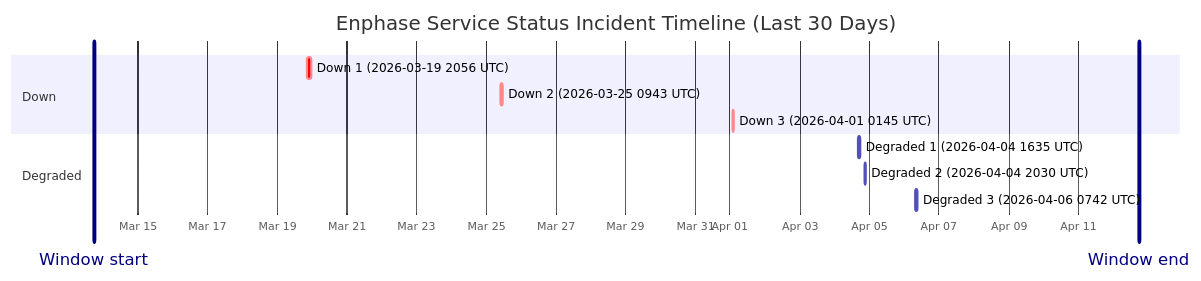
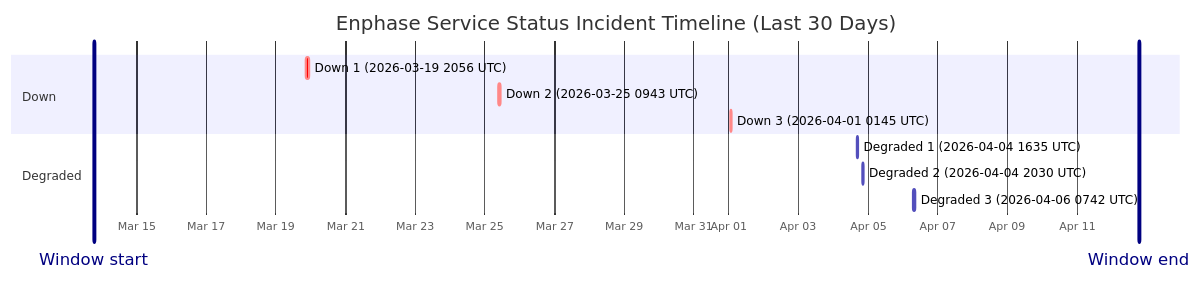
The diagram in wiki/Service-Status-History.md (barneyonline/ha-enphase-ev-charger), drawn with Mermaid before and after one commit. The commit also changed other lines of this file and 3 other files, not shown here.

````diff
--- a/wiki/Service-Status-History.md
+++ b/wiki/Service-Status-History.md
@@ -14,16 +14,16 @@
 ```mermaid
 gantt
     title Enphase Service Status Incident Timeline (Last 30 Days)
     dateFormat  YYYY-MM-DDTHH:mm:ss
     axisFormat  %b %d
-    Window start :vert, window-start, 2026-03-13T17:33:43, 0ms
-    Window end :vert, window-end, 2026-04-12T17:33:43, 0ms
+    Window start :vert, window-start, 2026-03-13T18:48:47, 0ms
+    Window end :vert, window-end, 2026-04-12T18:48:47, 0ms
     section Down
     Down 1 (2026-03-19 2056 UTC) :crit, down-1, 2026-03-19T20:56:20, 145m
     Down 2 (2026-03-25 0943 UTC) :crit, down-2, 2026-03-25T09:43:28, 111m
     Down 3 (2026-04-01 0145 UTC) :crit, down-3, 2026-04-01T01:45:09, 60m
     section Degraded
     Degraded 1 (2026-04-04 1635 UTC) :active, degraded-1, 2026-04-04T16:35:17, 60m
     Degraded 2 (2026-04-04 2030 UTC) :active, degraded-2, 2026-04-04T20:30:40, 60m
     Degraded 3 (2026-04-06 0742 UTC) :active, degraded-3, 2026-04-06T07:42:09, 85m
 ```
````
